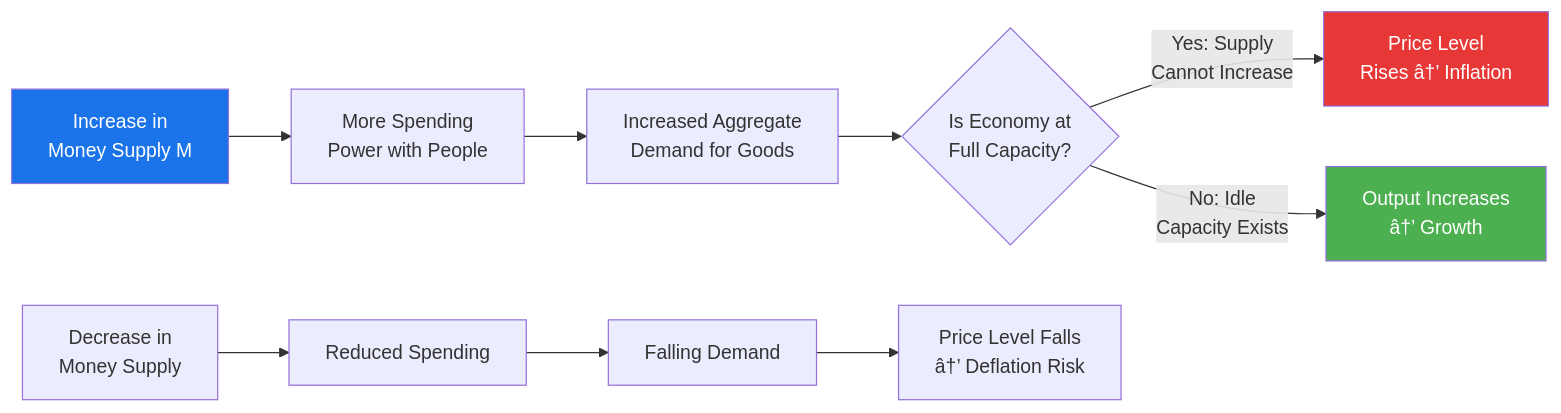
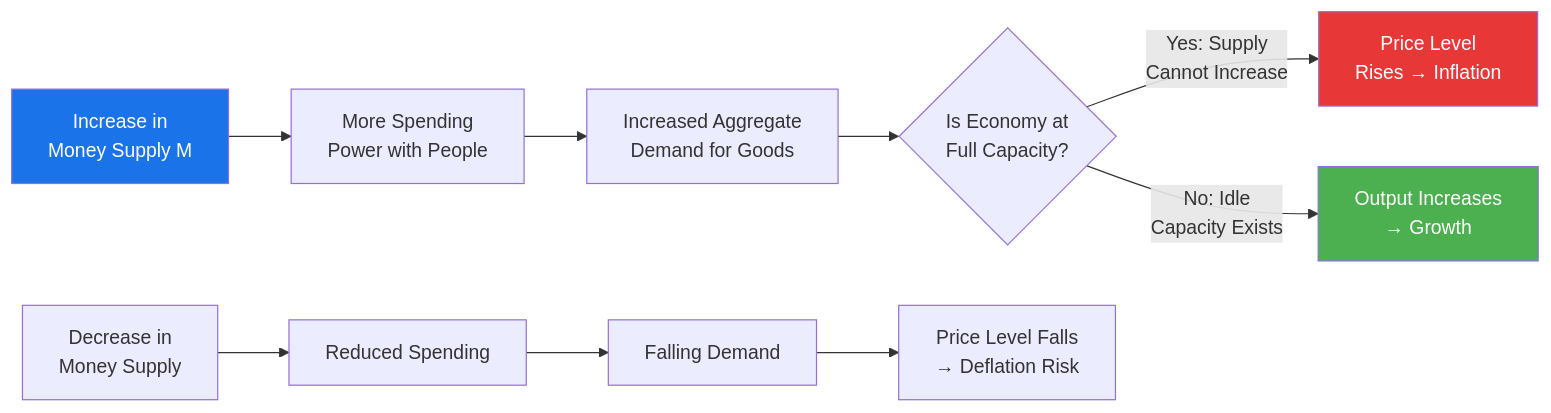
The fourth of 4 diagrams in docs/courses/banking-financial-awareness/01-rbi-monetary-policy.md (Raushan666java/ai-engineering-journey), drawn with Mermaid before and after one commit. The commit also changed other lines of this file and 965 other files, not shown here.

````diff
--- a/docs/courses/banking-financial-awareness/01-rbi-monetary-policy.md
+++ b/docs/courses/banking-financial-awareness/01-rbi-monetary-policy.md
@@ -1115,16 +1115,16 @@
 ```mermaid
 flowchart LR
     A[Increase in<br/>Money Supply M] --> B[More Spending<br/>Power with People]
     B --> C[Increased Aggregate<br/>Demand for Goods]
     C --> D{Is Economy at<br/>Full Capacity?}
-    D -->|Yes: Supply<br/>Cannot Increase| E[Price Level<br/>Rises â†’ Inflation]
-    D -->|No: Idle<br/>Capacity Exists| F[Output Increases<br/>â†’ Growth]
+    D -->|Yes: Supply<br/>Cannot Increase| E[Price Level<br/>Rises → Inflation]
+    D -->|No: Idle<br/>Capacity Exists| F[Output Increases<br/>→ Growth]
     
     G[Decrease in<br/>Money Supply] --> H[Reduced Spending]
     H --> I[Falling Demand]
-    I --> J[Price Level Falls<br/>â†’ Deflation Risk]
+    I --> J[Price Level Falls<br/>→ Deflation Risk]
     
     style A fill:#1a73e8,color:#fff
     style E fill:#e83737,color:#fff
     style F fill:#4CAF50,color:#fff
 ```
````
